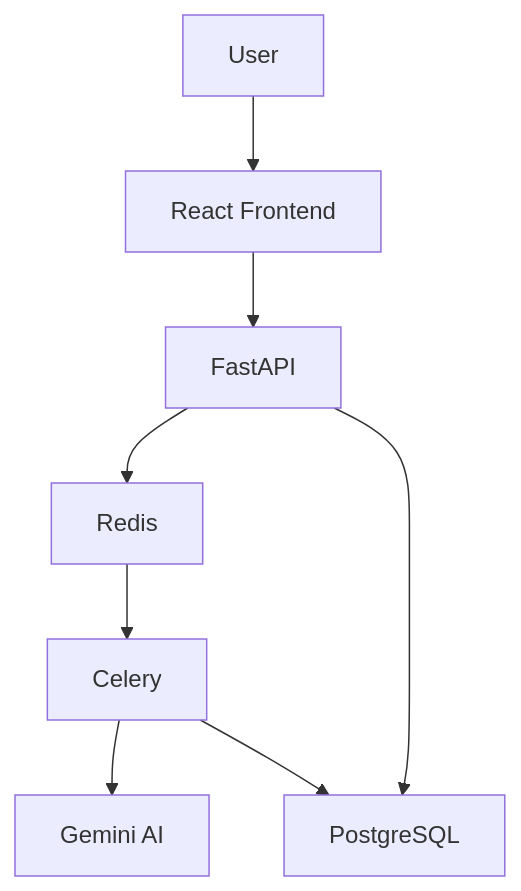
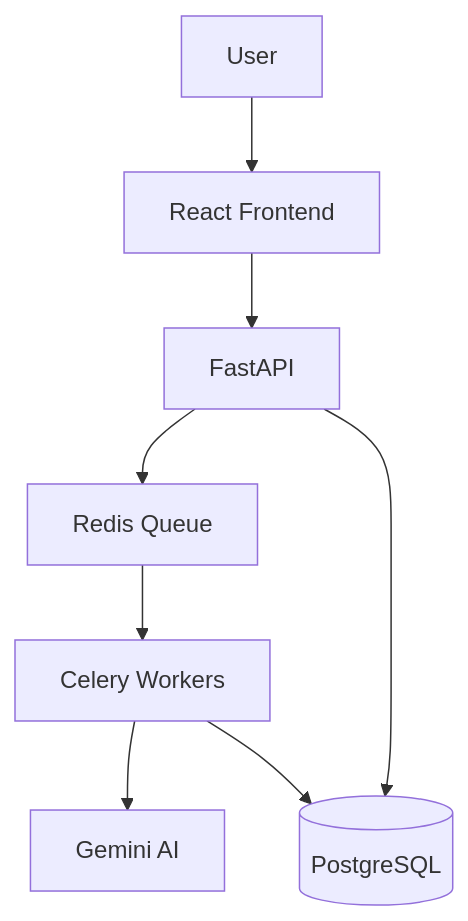
One commit to YashasviRajput13/Tender_Live changed the third of 3 diagrams in README.md. Above: the diagram before and after it, drawn with Mermaid. The commit also changed other lines of this file, not shown here.

````diff
--- a/README.md
+++ b/README.md
@@ -83,19 +198,31 @@
 ```mermaid
 flowchart TD
 
 U[User]
-F[React Frontend]
+
+FE[React Frontend]
+
 API[FastAPI]
-R[Redis]
-C[Celery]
-DB[PostgreSQL]
-AI[Gemini AI]
 
-U --> F
-F --> API
-API --> R
-R --> C
-C --> AI
-C --> DB
+REDIS[Redis Queue]
+
+CELERY[Celery Workers]
+
+DB[(PostgreSQL)]
+
+LLM[Gemini AI]
+
+U --> FE
+
+FE --> API
+
+API --> REDIS
+
+REDIS --> CELERY
+
+CELERY --> LLM
+
+CELERY --> DB
+
 API --> DB
 ```
````
